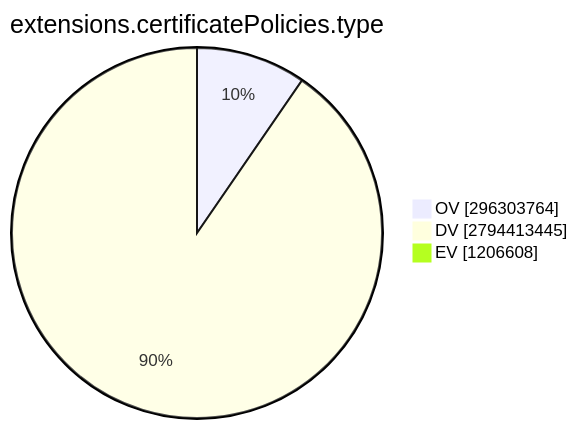
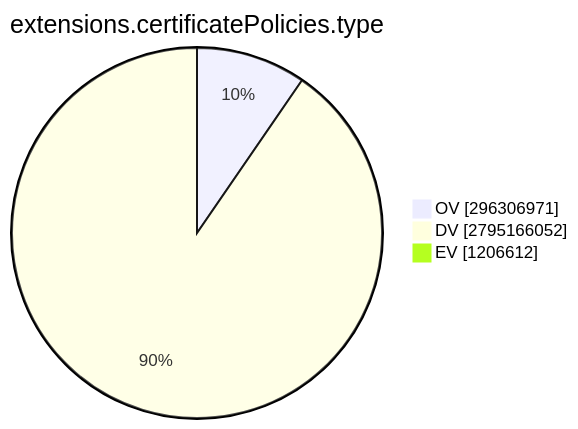
The ninth of 15 diagrams in TOTAL/README.md (christiankrug/ctmonitor_visualization), drawn with Mermaid before and after one commit. The commit also changed other lines of this file, not shown here.

````diff
--- a/TOTAL/README.md
+++ b/TOTAL/README.md
@@ -3099,7 +3099,7 @@
 ```mermaid
 pie showData
 title extensions.certificatePolicies.type
-"OV" :296303764
-"DV" :2794413445
-"EV" :1206608
+"OV" :296306971
+"DV" :2795166052
+"EV" :1206612
 ```
````
